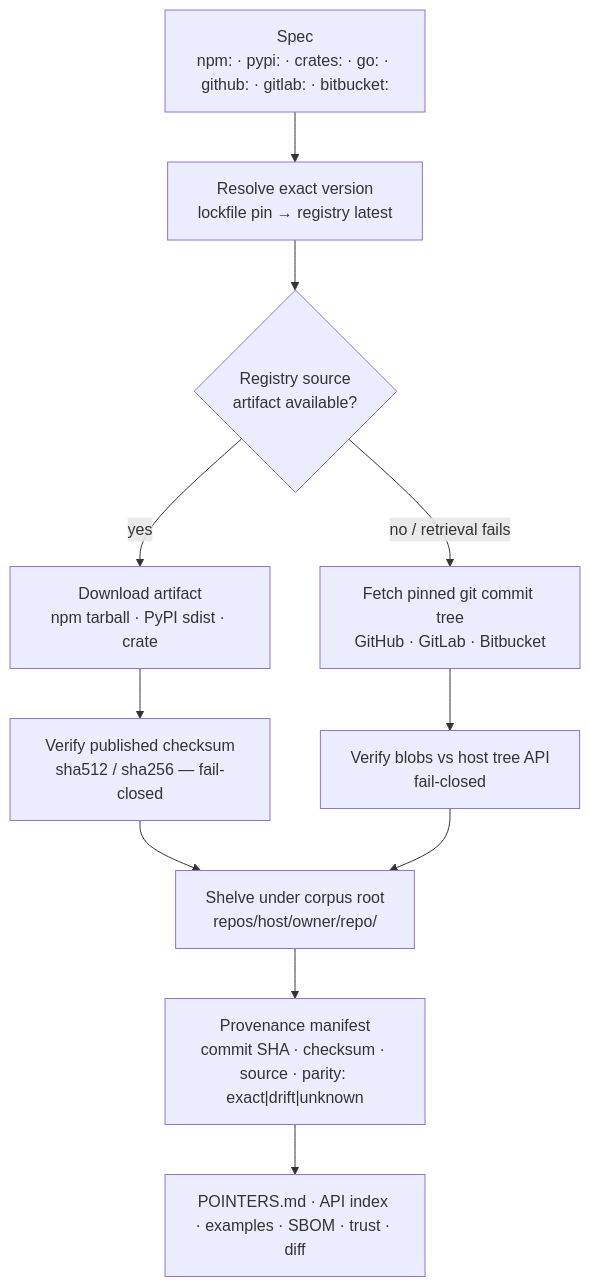
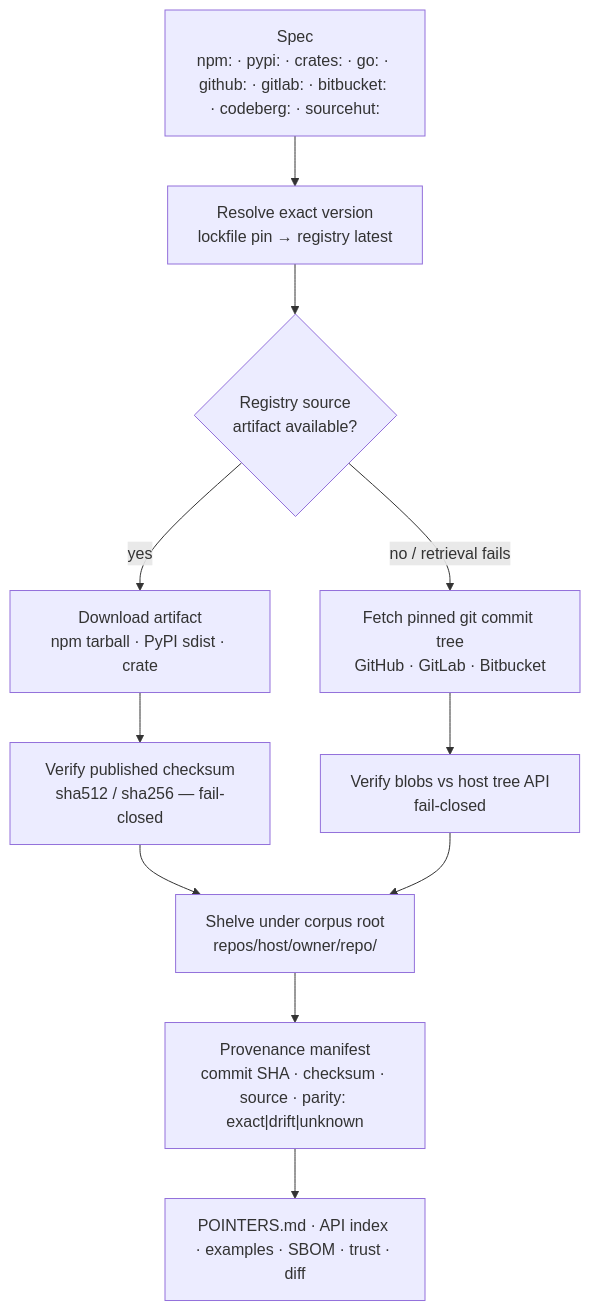
The first of 3 diagrams in README.md (anthonykewl20/leitir), drawn with Mermaid before and after one commit. The commit also changed other lines of this file and 7 other files, not shown here.

First line of the commit message:
docs: record 2026-09-27 real-user audit and v0.3.000 scavenger roadmap

````diff
--- a/README.md
+++ b/README.md
@@ -24,13 +30,13 @@
 ```mermaid
 flowchart TD
-    S["Spec<br/>npm: · pypi: · crates: · go: · github: · gitlab: · bitbucket:"] --> R["Resolve exact version<br/>lockfile pin → registry latest"]
+    S["Spec<br/>npm: · pypi: · crates: · go: · github: · gitlab: · bitbucket: · codeberg: · sourcehut:"] --> R["Resolve exact version<br/>lockfile pin → registry latest"]
     R --> AF{"Registry source<br/>artifact available?"}
     AF -- "yes" --> DL1["Download artifact<br/>npm tarball · PyPI sdist · crate"]
     DL1 --> CV["Verify published checksum<br/>sha512 / sha256 — fail-closed"]
     AF -- "no / retrieval fails" --> DL2["Fetch pinned git commit tree<br/>GitHub · GitLab · Bitbucket"]
     DL2 --> TV["Verify blobs vs host tree API<br/>fail-closed"]
     CV --> SH
     TV --> SH["Shelve under corpus root<br/>repos/host/owner/repo/<sha>"]
     SH --> M["Provenance manifest<br/>commit SHA · checksum · source · parity: exact|drift|unknown"]
     M --> OUT["POINTERS.md · API index · examples · SBOM · trust · diff"]
 ```
````
